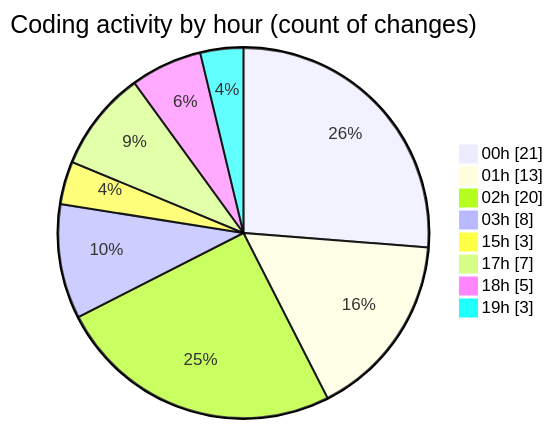
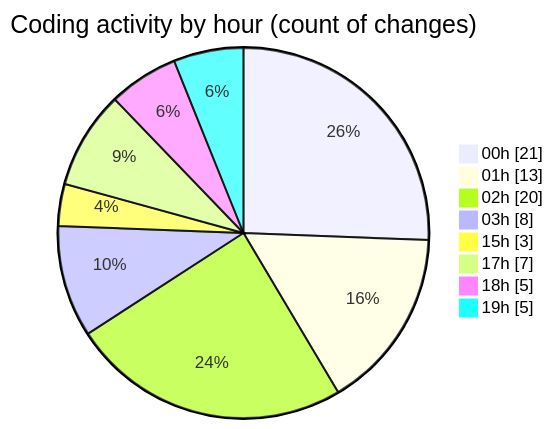
The second of 2 diagrams in 2025-06-22/___base/README.md (Ritupan-Deka/code-tracking), drawn with Mermaid before and after one commit. The commit also changed other lines of this file and 1 other file, not shown here.

````diff
--- a/2025-06-22/___base/README.md
+++ b/2025-06-22/___base/README.md
@@ -36,12 +36,12 @@
 ```mermaid
 pie showData
 title Coding activity by hour (count of changes)
 "00h" : 21
 "01h" : 13
 "02h" : 20
 "03h" : 8
 "15h" : 3
 "17h" : 7
 "18h" : 5
-"19h" : 3
+"19h" : 5
 ```
````
